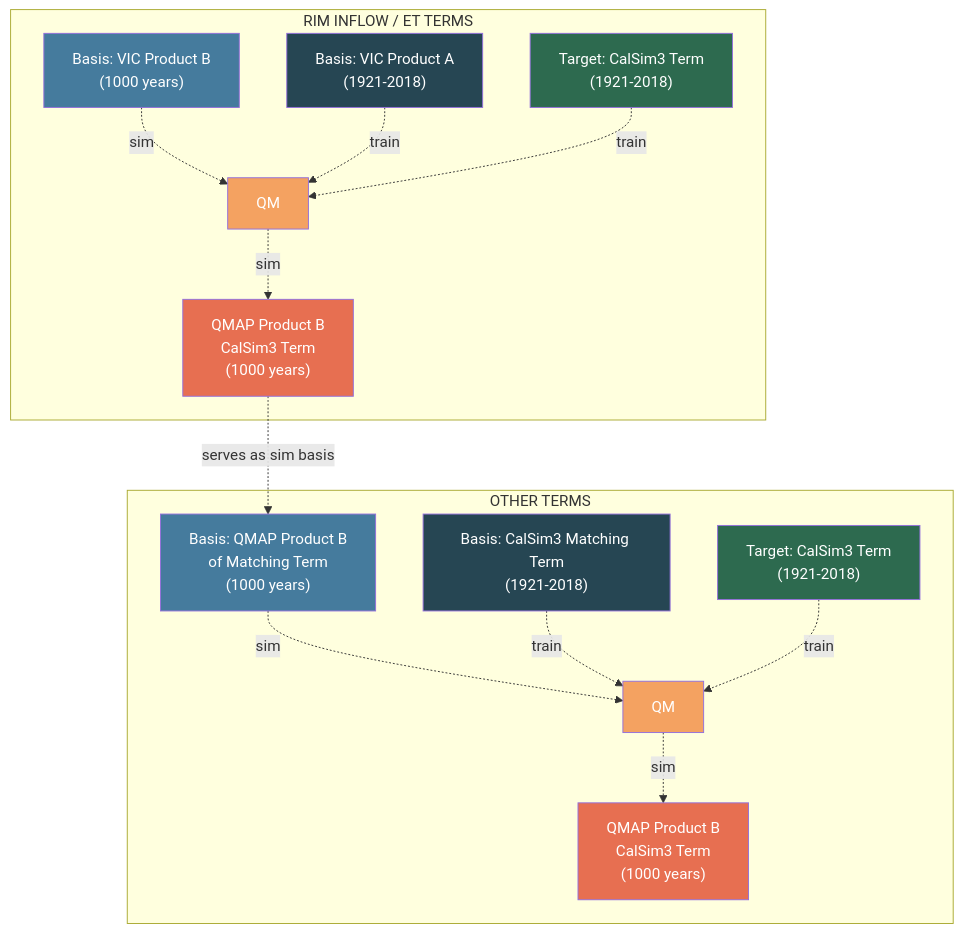
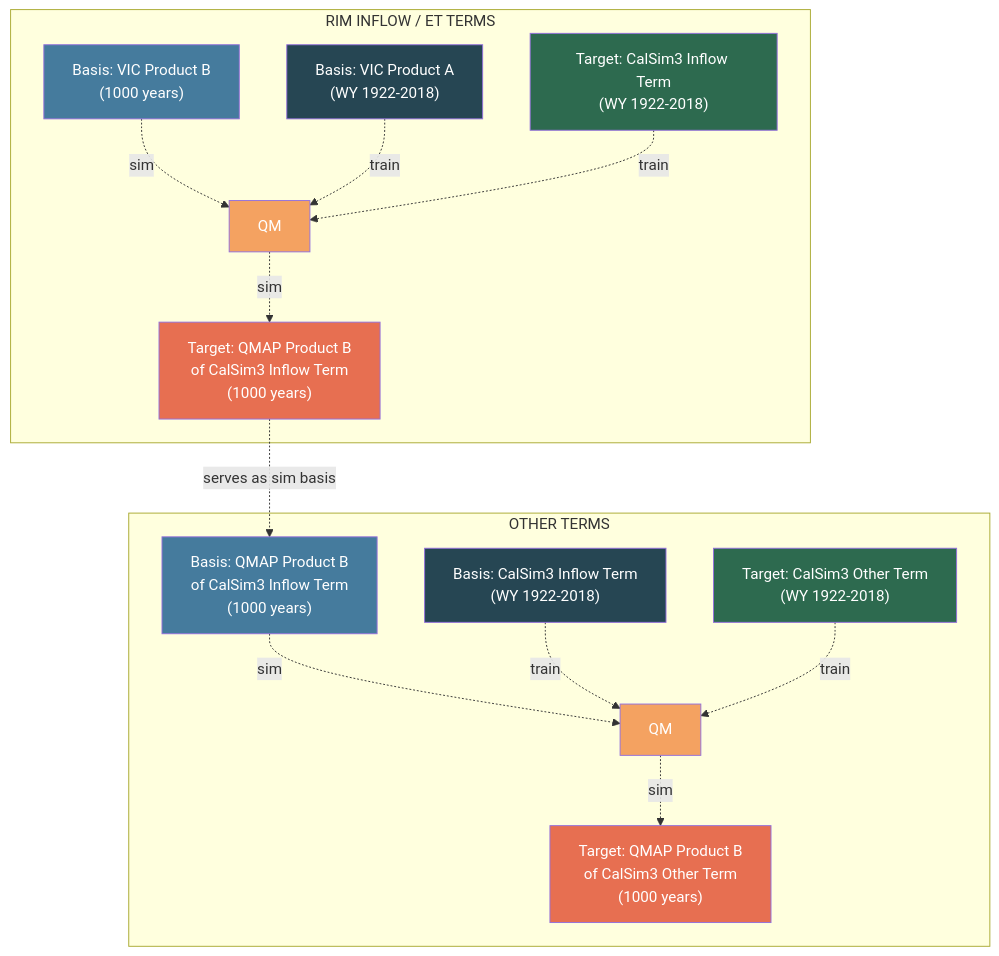
Before and after one commit to CentralValleyModeling/calsim3-stochastic-input-generation: the fourth of 4 diagrams in docs/source/methods.md, drawn with Mermaid. The commit also changed other lines of this file and 119 other files, not shown here.

````diff
--- a/docs/source/methods.md
+++ b/docs/source/methods.md
@@ -168,27 +169,27 @@
 ```{mermaid}
 flowchart TB
     subgraph rim_b["RIM INFLOW / ET TERMS"]
         RB_sim["Basis: VIC Product B<br/>(1000 years)"] -. sim .-> RB_qm["QM"]
-        RB_basis["Basis: VIC Product A<br/>(1921-2018)"] -. train .-> RB_qm
-        RB_target["Target: CalSim3 Term<br/>(1921-2018)"] -. train .-> RB_qm -. sim .-> RB_out["QMAP Product B<br/>CalSim3 Term<br/>(1000 years)"]
+        RB_basis["Basis: VIC Product A<br/>(WY 1922-2018)"] -. train .-> RB_qm
+        RB_target["Target: CalSim3 Inflow Term<br/>(WY 1922-2018)"] -. train .-> RB_qm -. sim .-> RB_out["Target: QMAP Product B<br/>of CalSim3 Inflow Term<br/>(1000 years)"]
     end
 
     subgraph other_b["OTHER TERMS"]
-        OB_sim["Basis: QMAP Product B<br/>of Matching Term<br/>(1000 years)"] -. sim .-> OB_qm["QM"]
-        OB_basis["Basis: CalSim3 Matching Term<br/>(1921-2018)"] -. train .-> OB_qm
-        OB_target["Target: CalSim3 Term<br/>(1921-2018)"] -. train .-> OB_qm -. sim .-> OB_out["QMAP Product B<br/>CalSim3 Term<br/>(1000 years)"]
+        OB_sim["Basis: QMAP Product B<br/>of CalSim3 Inflow Term<br/>(1000 years)"] -. sim .-> OB_qm["QM"]
+        OB_basis["Basis: CalSim3 Inflow Term<br/>(WY 1922-2018)"] -. train .-> OB_qm
+        OB_target["Target: CalSim3 Other Term<br/>(WY 1922-2018)"] -. train .-> OB_qm -. sim .-> OB_out["Target: QMAP Product B<br/>of CalSim3 Other Term<br/>(1000 years)"]
     end
 
     RB_out -.->|"serves as sim basis"| OB_sim
 
     style RB_basis fill:#264653,color:#fff
     style RB_target fill:#2d6a4f,color:#fff
     style OB_basis fill:#264653,color:#fff
     style OB_target fill:#2d6a4f,color:#fff
     style RB_sim fill:#457b9d,color:#fff
     style OB_sim fill:#457b9d,color:#fff
     style RB_qm fill:#f4a261,color:#fff
     style OB_qm fill:#f4a261,color:#fff
     style RB_out fill:#e76f51,color:#fff
     style OB_out fill:#e76f51,color:#fff
 ```
````
